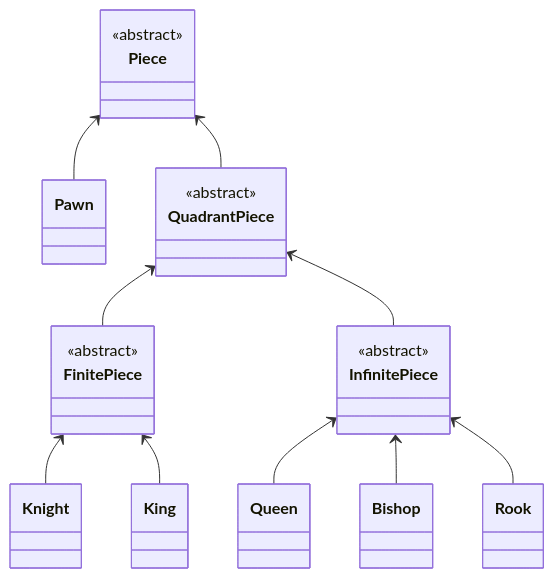
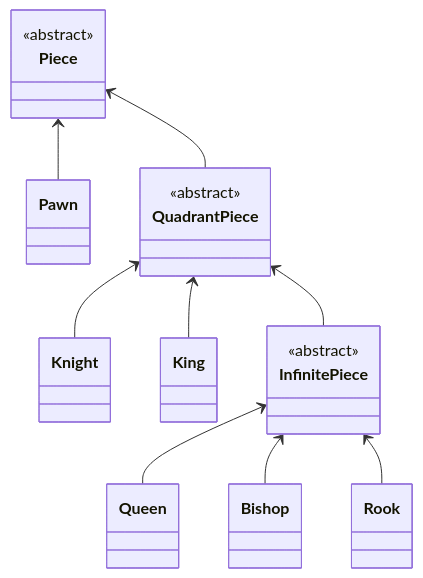
Before and after one commit to woowacourse/java-chess: the diagram in README.md, drawn with Mermaid. The commit also changed other lines of this file and 6 other files, not shown here.

````diff
--- a/README.md
+++ b/README.md
@@ -64,17 +65,15 @@
 ```mermaid
 classDiagram
     Piece <-- Pawn
-    FinitePiece <-- Knight
-    FinitePiece <-- King
+    QuadrantPiece <-- Knight
+    QuadrantPiece <-- King
     InfinitePiece <-- Queen
     InfinitePiece <-- Bishop
     InfinitePiece <-- Rook
-    QuadrantPiece <-- FinitePiece
     QuadrantPiece <-- InfinitePiece
     Piece <-- QuadrantPiece
 
     <<abstract>> Piece
     <<abstract>> QuadrantPiece
-    <<abstract>> FinitePiece
     <<abstract>> InfinitePiece
 ```
````
